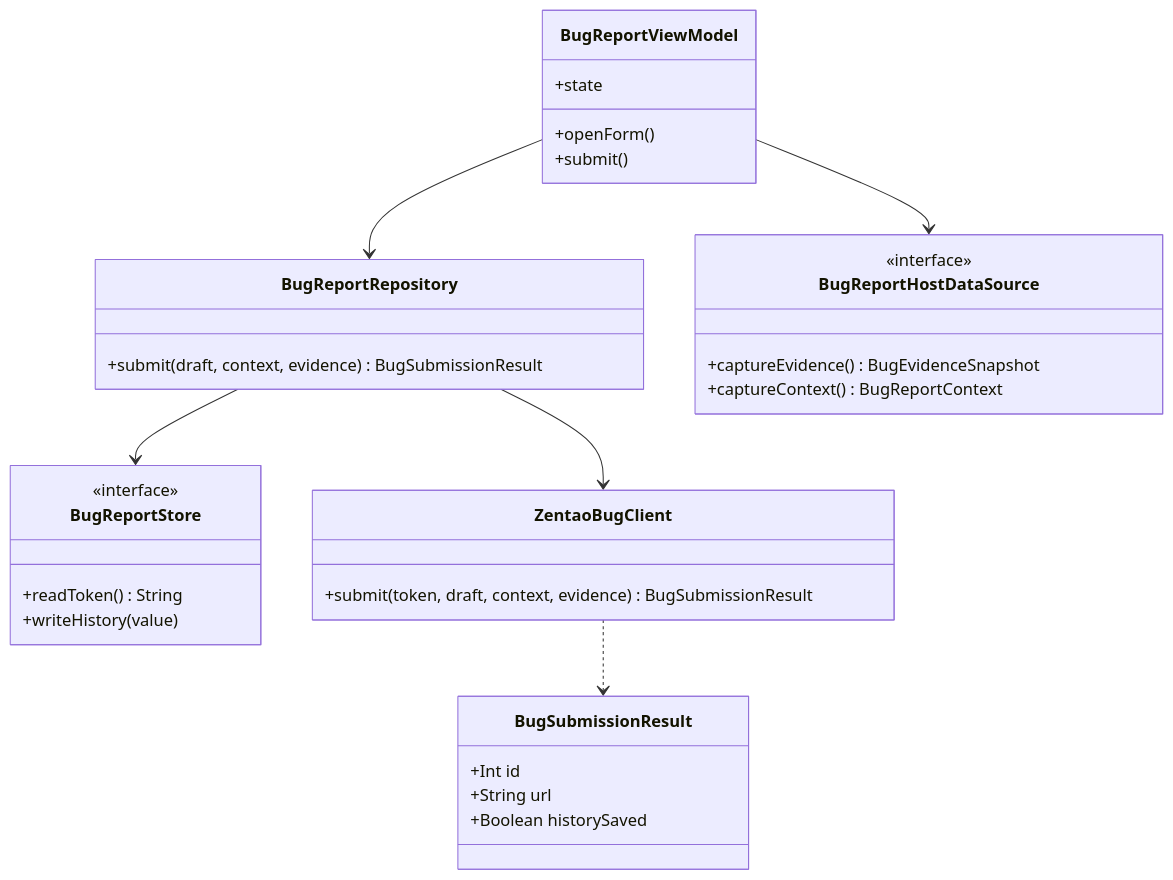
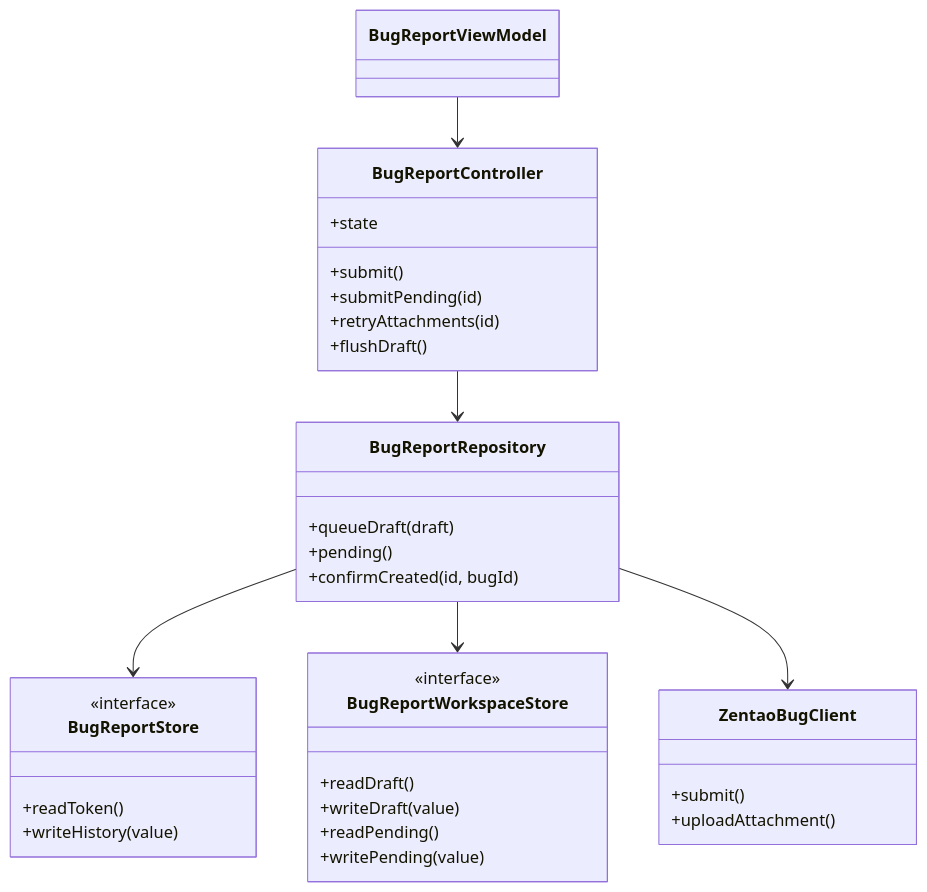
The third of 3 diagrams in README.md (gycrosskit/debug-tools), drawn with Mermaid before and after one commit. The commit also changed other lines of this file and 49 other files, not shown here.

````diff
--- a/README.md
+++ b/README.md
@@ -47,34 +61,37 @@
 ```mermaid
 classDiagram
-    class BugReportViewModel {
+    class BugReportController {
         +state
-        +openForm()
         +submit()
+        +submitPending(id)
+        +retryAttachments(id)
+        +flushDraft()
     }
+    class BugReportViewModel
     class BugReportRepository {
-        +submit(draft, context, evidence) BugSubmissionResult
-    }
-    class BugReportHostDataSource {
-        <<interface>>
-        +captureEvidence() BugEvidenceSnapshot
-        +captureContext() BugReportContext
+        +queueDraft(draft)
+        +pending()
+        +confirmCreated(id, bugId)
     }
     class BugReportStore {
         <<interface>>
-        +readToken() String
+        +readToken()
         +writeHistory(value)
     }
+    class BugReportWorkspaceStore {
+        <<interface>>
+        +readDraft()
+        +writeDraft(value)
+        +readPending()
+        +writePending(value)
+    }
     class ZentaoBugClient {
-        +submit(token, draft, context, evidence) BugSubmissionResult
+        +submit()
+        +uploadAttachment()
     }
-    class BugSubmissionResult {
-        +Int id
-        +String url
-        +Boolean historySaved
-    }
-    BugReportViewModel --> BugReportRepository
-    BugReportViewModel --> BugReportHostDataSource
+    BugReportViewModel --> BugReportController
+    BugReportController --> BugReportRepository
     BugReportRepository --> BugReportStore
+    BugReportRepository --> BugReportWorkspaceStore
     BugReportRepository --> ZentaoBugClient
-    ZentaoBugClient ..> BugSubmissionResult
 ```
````
